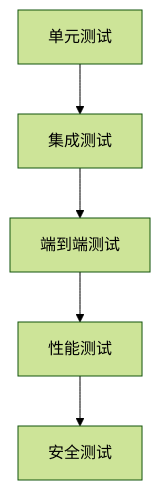
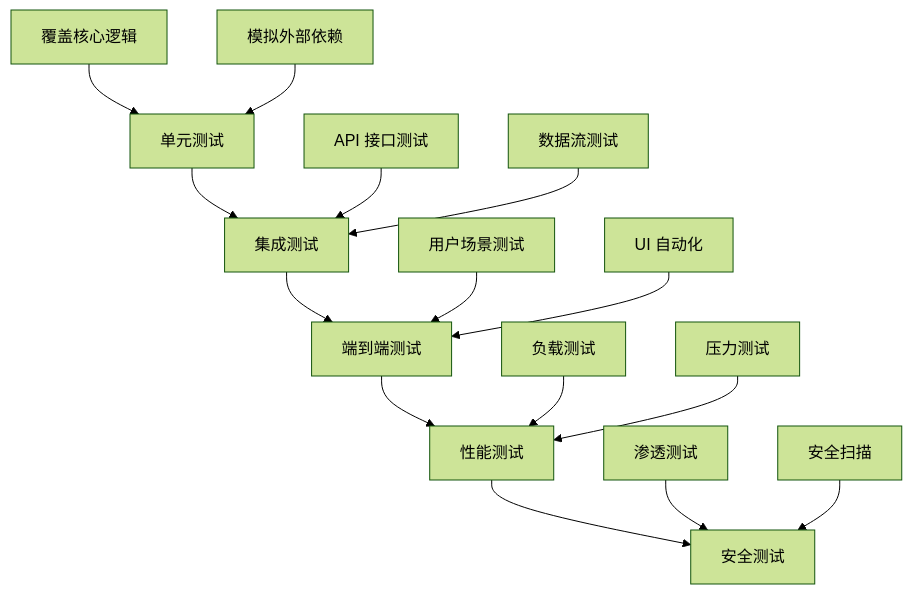
The fourth of 5 diagrams in base/第八章-完整项目开发：用户管理系统.md (wutongci/cursor-courses), drawn with Mermaid (forest theme) before and after one commit. The commit also changed other lines of this file and 9 other files, not shown here.

````diff
--- a/base/第八章-完整项目开发：用户管理系统.md
+++ b/base/第八章-完整项目开发：用户管理系统.md
@@ -269,7 +336,22 @@
 ```mermaid
 graph TD
     A[单元测试] --> B[集成测试]
     B --> C[端到端测试]
     C --> D[性能测试]
     D --> E[安全测试]
+    
+    A1[覆盖核心逻辑] --> A
+    A2[模拟外部依赖] --> A
+    
+    B1[API 接口测试] --> B
+    B2[数据流测试] --> B
+    
+    C1[用户场景测试] --> C
+    C2[UI 自动化] --> C
+    
+    D1[负载测试] --> D
+    D2[压力测试] --> D
+    
+    E1[渗透测试] --> E
+    E2[安全扫描] --> E
 ```
````
